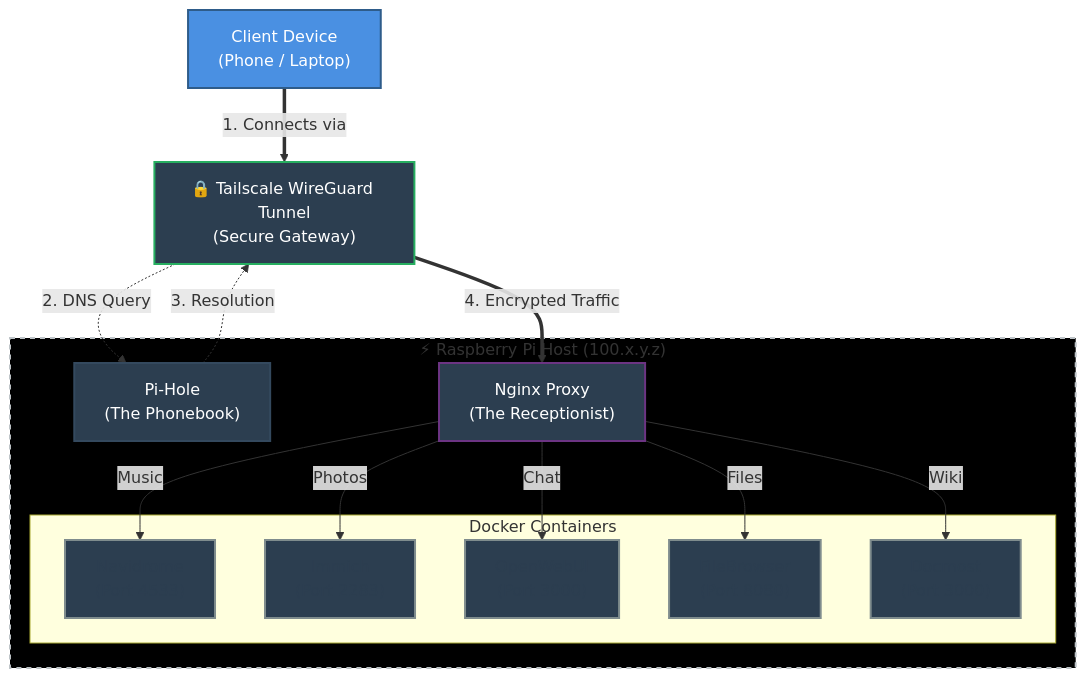
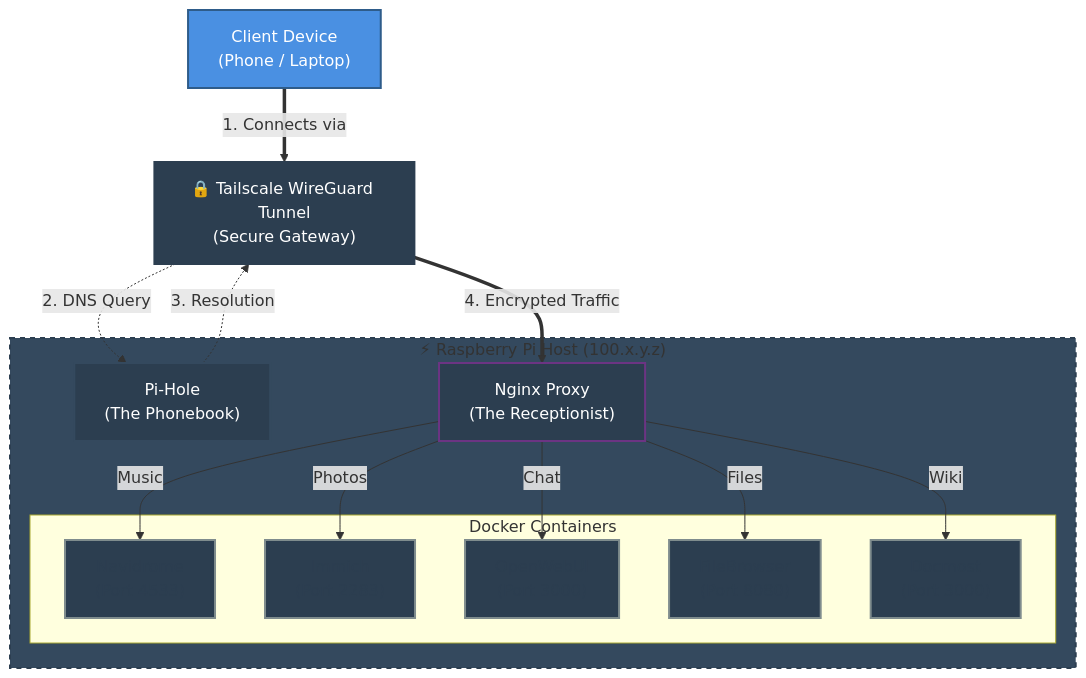
One commit to spaceadler/homelab changed the diagram in README.md. Above: the diagram before and after it, drawn with Mermaid.

````diff
--- a/README.md
+++ b/README.md
@@ -55,52 +55,52 @@
 ```mermaid
 graph TD
     %% STYLING
     classDef client fill:#4A90E2,stroke:#2E5C8A,stroke-width:2px,color:#fff;
     classDef dns fill:#2C3E50,stroke:#34495E,stroke-width:2px,color:#fff;
     classDef proxy fill:#2C3E50,stroke:#6C3483,stroke-width:2px,color:#fff;
     classDef service fill:#2C3E50,stroke:#7F8C8D,stroke-width:2px,color:#2C3E50;
-    classDef vpn fill:#2C3E50,stroke:#27AE60,stroke-width:2px,color:#fff; 
-    classDef host fill:#000000,stroke:#BDC3C7,stroke-width:2px,stroke-dasharray: 5 5;
+    classDef vpn fill:#2C3E50,stroke:#2C3E50,stroke-width:2px,color:#fff; 
+    classDef host fill:#34495E,stroke:#2C3E50,stroke-width:2px,stroke-dasharray: 5 5;
 
     %% NODES
     User["Client Device<br/>(Phone / Laptop)"]:::client
     
     %% THE VPN TUNNEL (The Box the phone goes through)
     VPN["🔒 Tailscale WireGuard Tunnel<br/>(Secure Gateway)"]:::vpn
 
     subgraph Host [" ⚡ Raspberry Pi Host (100.x.y.z) "]
         
         PiHole["Pi-Hole<br/>(The Phonebook)"]:::dns
         Nginx["Nginx Proxy<br/>(The Receptionist)"]:::proxy
         
         subgraph Containers [" Docker Containers "]
             Music["Navidrome<br/>(Port 4533)"]:::service
             Immich["Immich<br/>(Port 2283)"]:::service
             AI["OpenWebUI<br/>(Port 3000)"]:::service
             Files["FileBrowser<br/>(Port 8080)"]:::service
             Docs["Docmost<br/>(Port 3000)"]:::service
         end
     end
 
     %% LOGIC FLOW
     
     %% Step 1: The Secure Connection
     User ==>|"1. Connects via"| VPN
 
     %% Step 2: DNS (Through the Tunnel)
     VPN -.->|"2. DNS Query"| PiHole
     PiHole -.->|"3. Resolution"| VPN
 
     %% Step 3: Traffic (Through the Tunnel to Nginx)
     VPN ==>|"4. Encrypted Traffic"| Nginx
 
     %% Step 4: Internal Routing
     Nginx -->|"Music"| Music
     Nginx -->|"Photos"| Immich
     Nginx -->|"Chat"| AI
     Nginx -->|"Files"| Files
     Nginx -->|"Wiki"| Docs
 
     %% Style the Host box
     class Host host;
 ```
````
